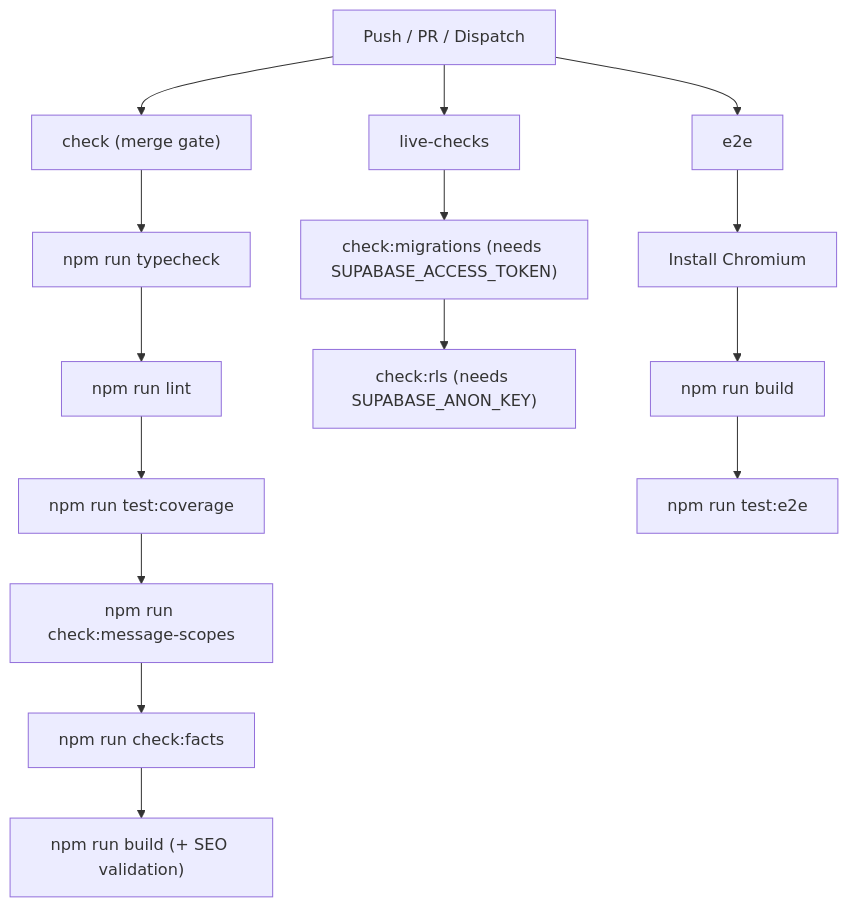
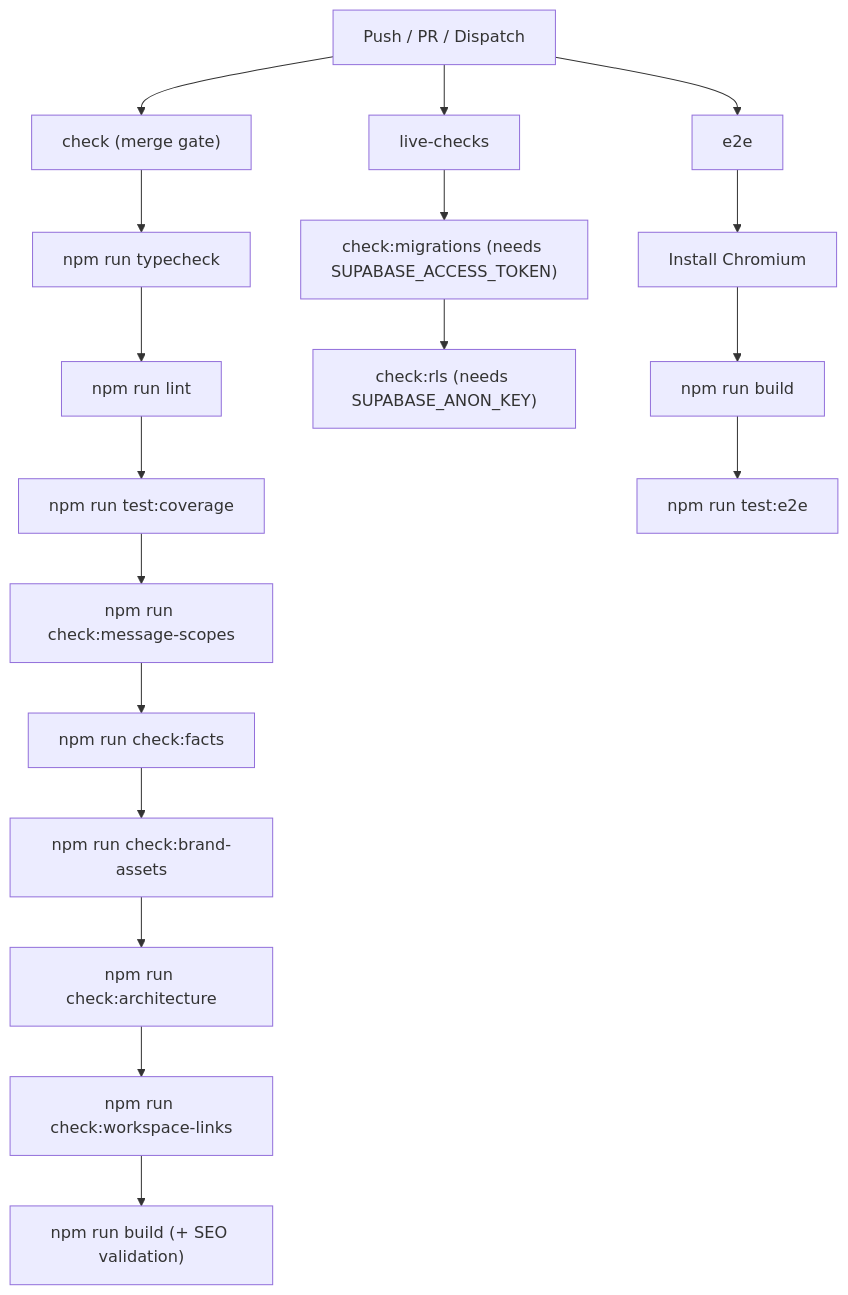
The fifth of 5 diagrams in docs/wiki/Getting-Started-Environment-Setup.md (Dutiva-Canada/Dutiva_Web), drawn with Mermaid before and after one commit. The commit also changed other lines of this file and 84 other files, not shown here.

````diff
--- a/docs/wiki/Getting-Started-Environment-Setup.md
+++ b/docs/wiki/Getting-Started-Environment-Setup.md
@@ -472,21 +475,24 @@
 ```mermaid
 flowchart TD
     PR["Push / PR / Dispatch"]
     PR --> Check["check (merge gate)"]
     PR --> Live["live-checks"]
     PR --> E2E["e2e"]
 
     Check --> TC["npm run typecheck"]
     TC --> Lint["npm run lint"]
     Lint --> Test["npm run test:coverage"]
     Test --> Scopes["npm run check:message-scopes"]
     Scopes --> Facts["npm run check:facts"]
-    Facts --> Build["npm run build (+ SEO validation)"]
+    Facts --> Brand["npm run check:brand-assets"]
+    Brand --> Arch["npm run check:architecture"]
+    Arch --> Links["npm run check:workspace-links"]
+    Links --> Build["npm run build (+ SEO validation)"]
 
     Live --> Drift["check:migrations (needs SUPABASE_ACCESS_TOKEN)"]
     Drift --> RLS["check:rls (needs SUPABASE_ANON_KEY)"]
 
     E2E --> InstallBrowser["Install Chromium"]
     InstallBrowser --> BuildE2E["npm run build"]
     BuildE2E --> Playwright["npm run test:e2e"]
 ```
````
